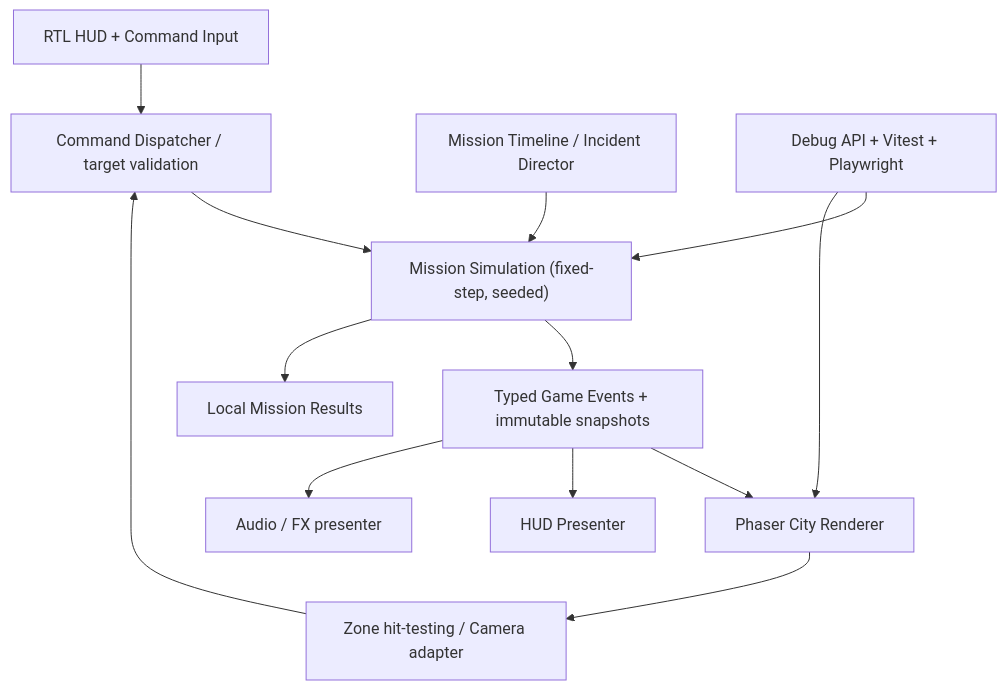
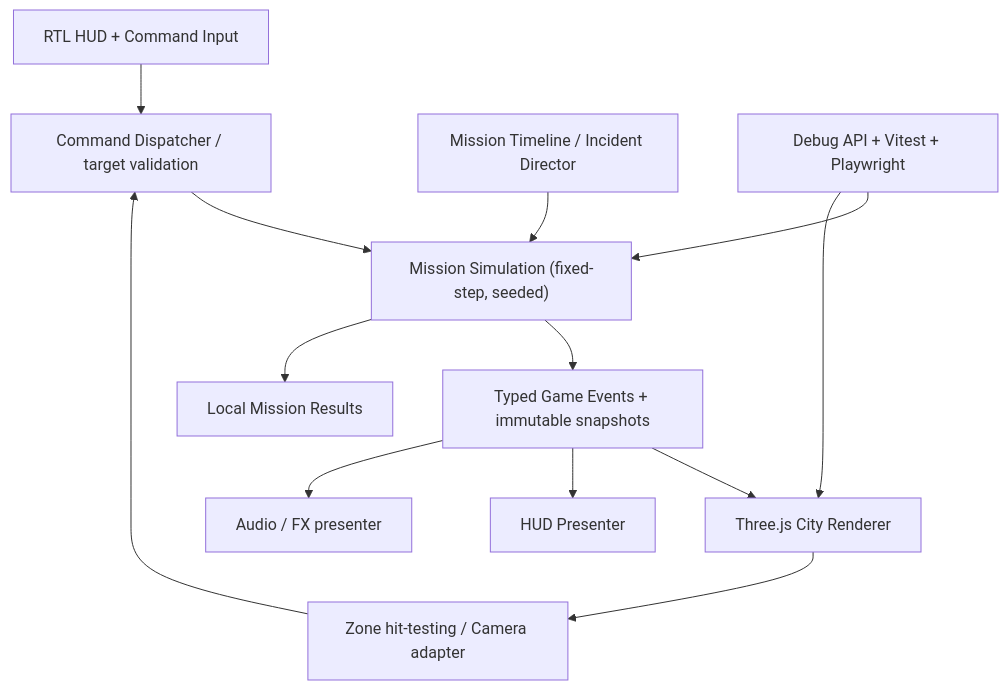
The diagram in docs/architecture/ARVAN_SHAHR_ARCHITECTURE_v0.2.md (jaavid/Server-Panic), drawn with Mermaid before and after one commit. The commit also changed other lines of this file and 4 other files, not shown here.

First line of the commit message:
docs: adopt Three.js for Arvan-Shahr city; preserve Phaser Classic

```diff
--- a/docs/architecture/ARVAN_SHAHR_ARCHITECTURE_v0.2.md
+++ b/docs/architecture/ARVAN_SHAHR_ARCHITECTURE_v0.2.md
@@ -25,15 +25,15 @@
 ~~~mermaid
 flowchart TD
   UI["RTL HUD + Command Input"] --> Cmd["Command Dispatcher / target validation"]
   Cmd --> Sim["Mission Simulation (fixed-step, seeded)"]
   Director["Mission Timeline / Incident Director"] --> Sim
   Sim --> Events["Typed Game Events + immutable snapshots"]
-  Events --> Render["Phaser City Renderer"]
+  Events --> Render["Three.js City Renderer"]
   Events --> HUD["HUD Presenter"]
   Events --> Sound["Audio / FX presenter"]
   Render --> Input["Zone hit-testing / Camera adapter"]
   Input --> Cmd
   Sim --> Store["Local Mission Results"]
   QA["Debug API + Vitest + Playwright"] --> Sim
   QA --> Render
 ~~~
```
